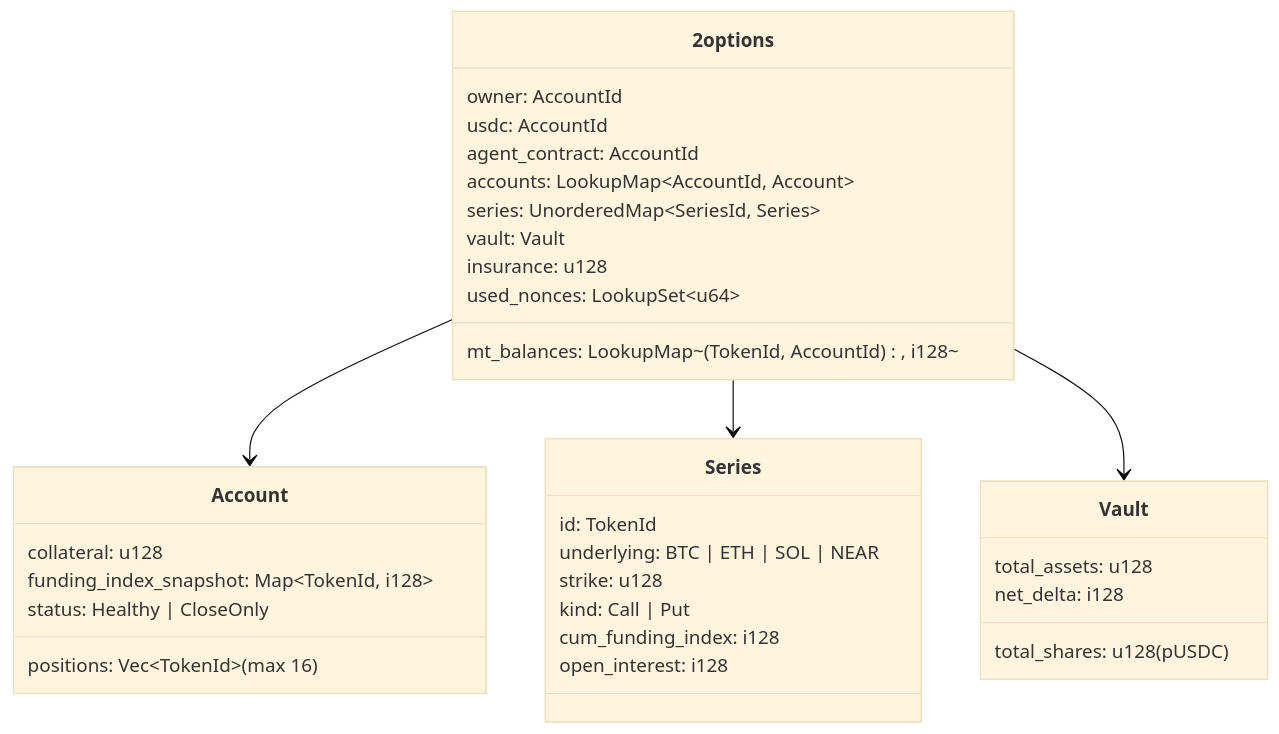
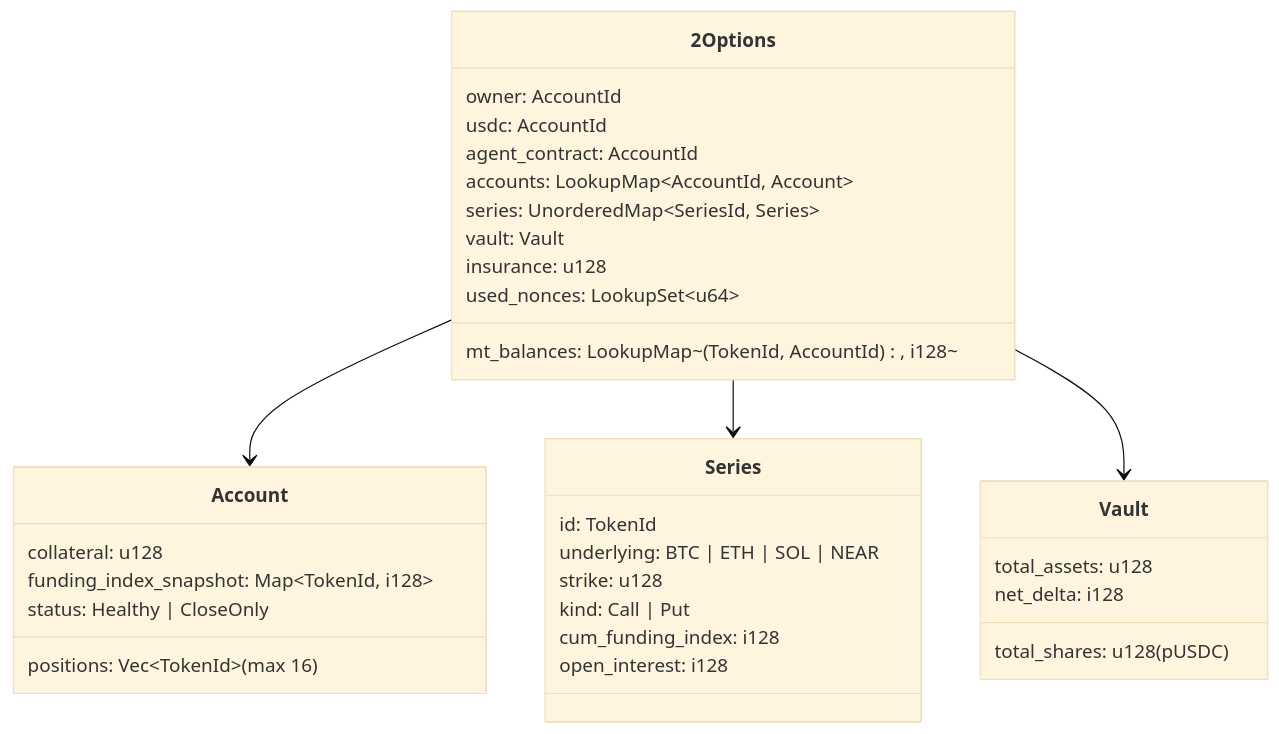
The ninth of 12 diagrams in NEAR_HACKATHON_PLAN.md (Aditya-dom/2options), drawn with Mermaid (base theme) before and after one commit. The commit also changed other lines of this file and 24 other files, not shown here.

````diff
--- a/NEAR_HACKATHON_PLAN.md
+++ b/NEAR_HACKATHON_PLAN.md
@@ -307,36 +307,36 @@
 ```mermaid
 classDiagram
-    class 2options {
+    class 2Options {
         owner: AccountId
         usdc: AccountId
         agent_contract: AccountId
         accounts: LookupMap~AccountId, Account~
         series: UnorderedMap~SeriesId, Series~
         mt_balances: LookupMap~(TokenId, AccountId), i128~
         vault: Vault
         insurance: u128
         used_nonces: LookupSet~u64~
     }
     class Account {
         collateral: u128
         positions: Vec~TokenId~  (max 16)
         funding_index_snapshot: Map~TokenId, i128~
         status: Healthy | CloseOnly
     }
     class Series {
         id: TokenId
         underlying: BTC | ETH | SOL | NEAR
         strike: u128
         kind: Call | Put
         cum_funding_index: i128
         open_interest: i128
     }
     class Vault {
         total_assets: u128
         total_shares: u128  (pUSDC)
         net_delta: i128
     }
-    2options --> Account
-    2options --> Series
-    2options --> Vault
+    2Options --> Account
+    2Options --> Series
+    2Options --> Vault
 ```
````
